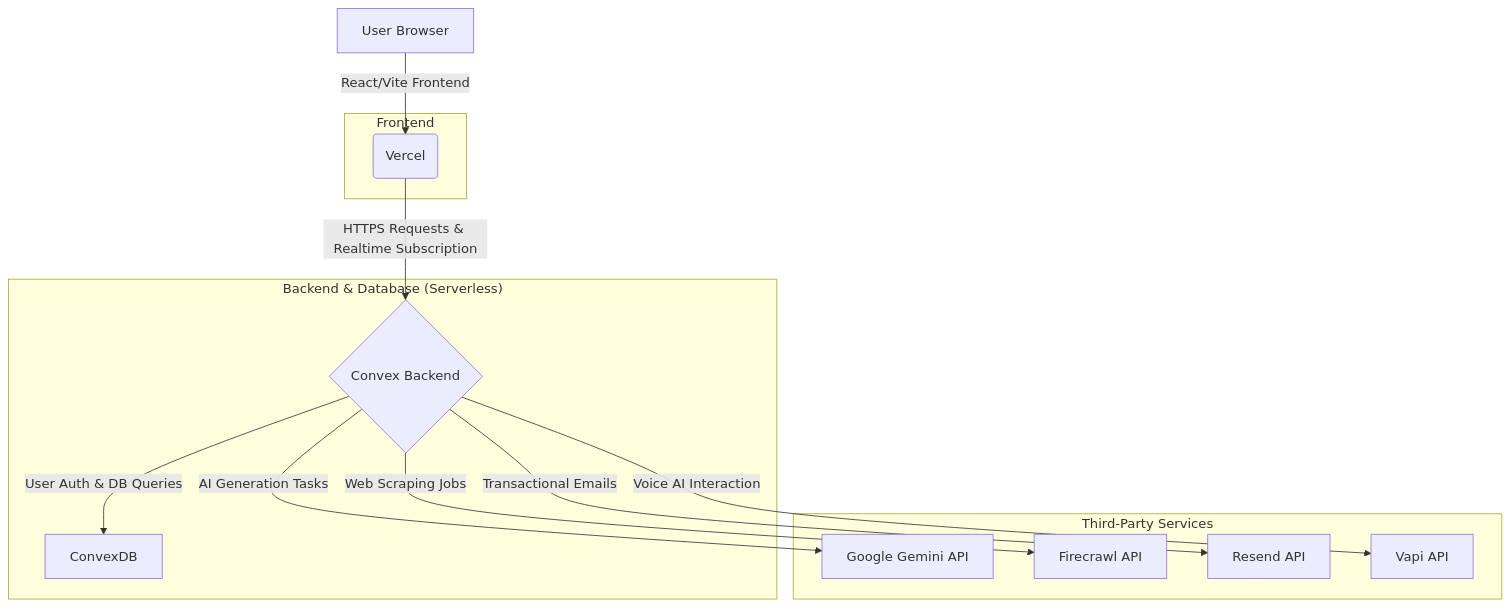
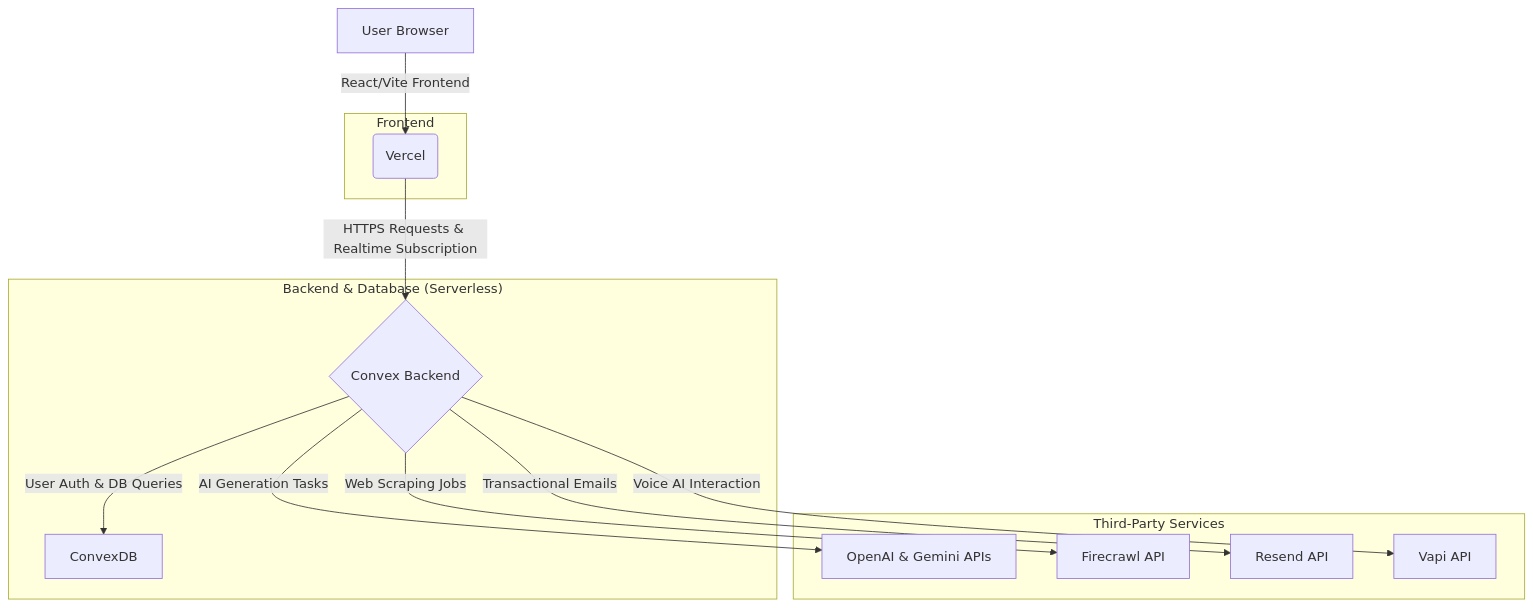
Before and after one commit to zaikaman/VentureSmith: the diagram in README.md, drawn with Mermaid. The commit also changed other lines of this file and 31 other files, not shown here.

````diff
--- a/README.md
+++ b/README.md
@@ -68,26 +68,26 @@
 ```mermaid
 graph TD
     A[User Browser] -->|React/Vite Frontend| B(Vercel);
     B -->|HTTPS Requests & Realtime Subscription| C{Convex Backend};
     C -->|User Auth & DB Queries| D[ConvexDB];
-    C -->|AI Generation Tasks| E[Google Gemini API];
+    C -->|AI Generation Tasks| E[OpenAI & Gemini APIs];
     C -->|Web Scraping Jobs| F[Firecrawl API];
     C -->|Transactional Emails| G[Resend API];
     C -->|Voice AI Interaction| H[Vapi API];
 
     subgraph "Frontend"
         B
     end
 
     subgraph "Backend & Database (Serverless)"
         C
         D
     end
 
     subgraph "Third-Party Services"
         E
         F
         G
         H
     end
 ```
````
